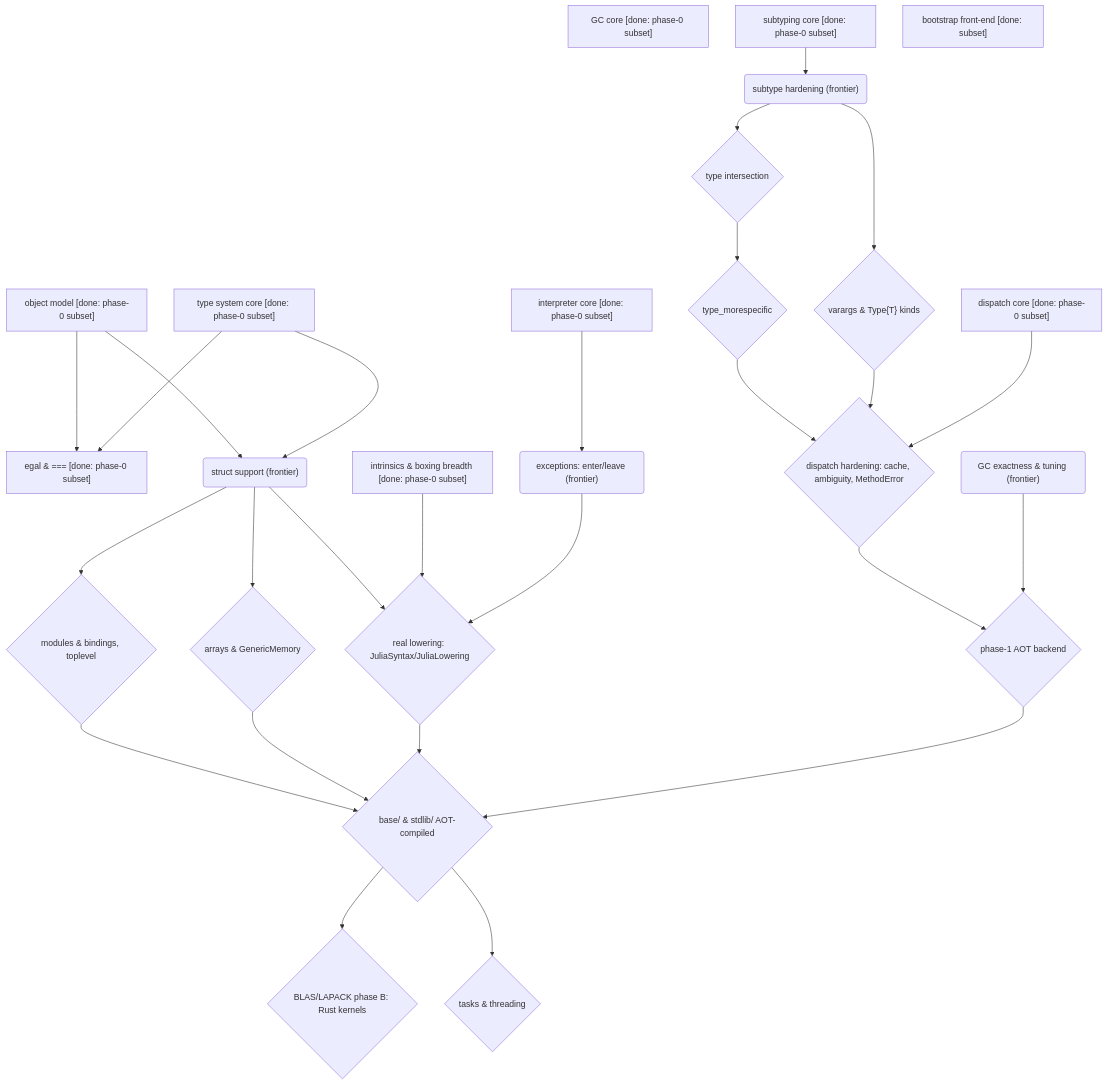
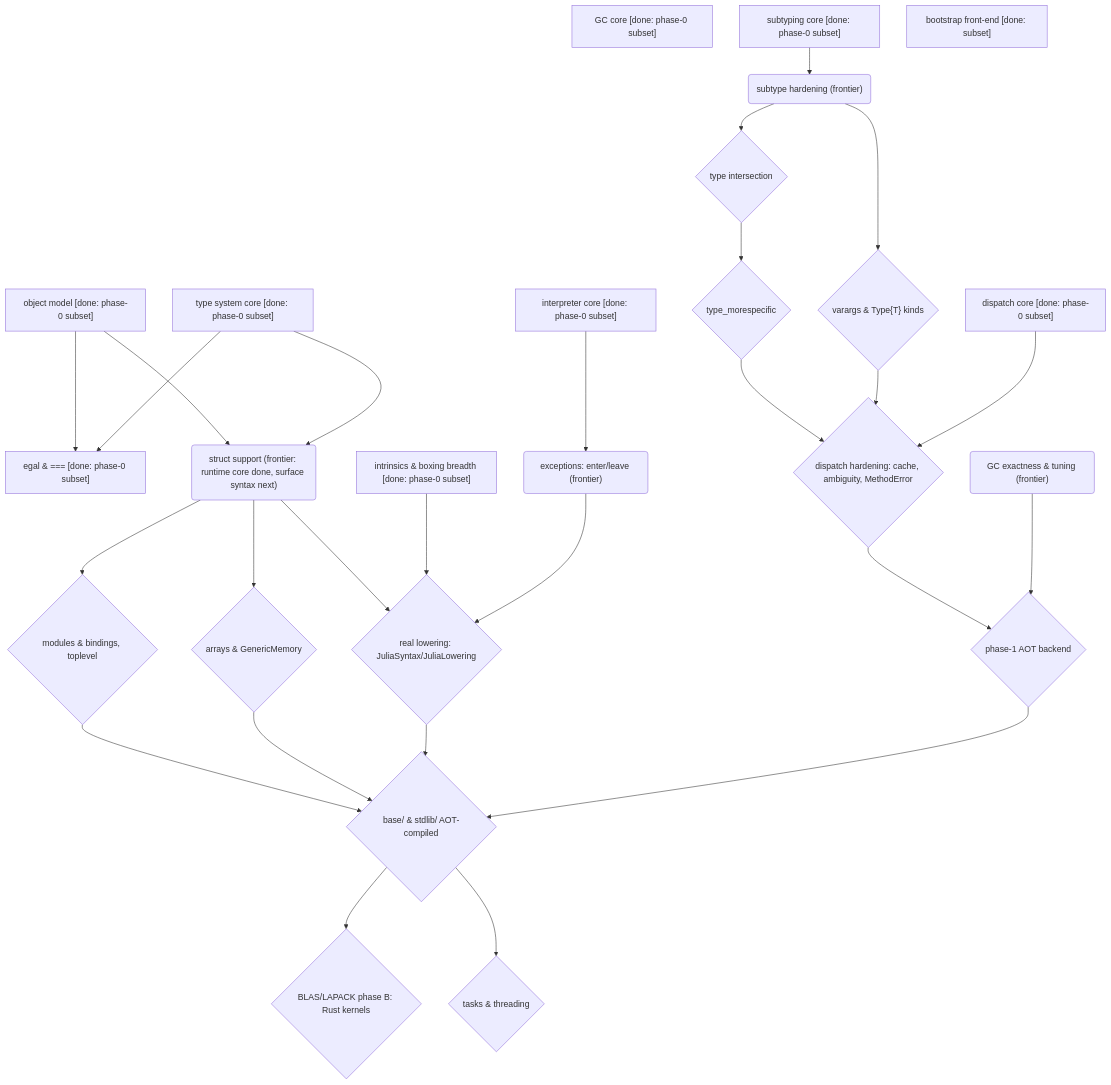
Before and after one commit to andy-emerson/Ruju: the diagram in design/strategy.md, drawn with Mermaid. The commit also changed other lines of this file and 3 other files, not shown here.

````diff
--- a/design/strategy.md
+++ b/design/strategy.md
@@ -86,55 +86,55 @@
 ```mermaid
 flowchart TD
     OBJ["object model [done: phase-0 subset]"]
     GC0["GC core [done: phase-0 subset]"]
     TYPES["type system core [done: phase-0 subset]"]
     SUB0["subtyping core [done: phase-0 subset]"]
     DISP0["dispatch core [done: phase-0 subset]"]
     INTERP0["interpreter core [done: phase-0 subset]"]
     FE0["bootstrap front-end [done: subset]"]
 
     EGAL["egal & === [done: phase-0 subset]"]
-    STRUCTS("struct support (frontier)")
+    STRUCTS("struct support (frontier: runtime core done, surface syntax next)")
     INTRIN["intrinsics & boxing breadth [done: phase-0 subset]"]
     GCX("GC exactness & tuning (frontier)")
     SUBX("subtype hardening (frontier)")
     EXC("exceptions: enter/leave (frontier)")
 
     ISECT{"type intersection"}
     MORESPEC{"type_morespecific"}
     VARARG{"varargs & Type{T} kinds"}
     DISPX{"dispatch hardening: cache, ambiguity, MethodError"}
     ARRAYS{"arrays & GenericMemory"}
     MODULES{"modules & bindings, toplevel"}
     LOWER{"real lowering: JuliaSyntax/JuliaLowering"}
     AOT{"phase-1 AOT backend"}
     BASE{"base/ & stdlib/ AOT-compiled"}
     BLAS{"BLAS/LAPACK phase B: Rust kernels"}
     TASKS{"tasks & threading"}
 
     OBJ --> STRUCTS
     TYPES --> STRUCTS
     OBJ --> EGAL
     TYPES --> EGAL
     SUB0 --> SUBX
     SUBX --> ISECT
     SUBX --> VARARG
     ISECT --> MORESPEC
     MORESPEC --> DISPX
     VARARG --> DISPX
     DISP0 --> DISPX
     STRUCTS --> ARRAYS
     STRUCTS --> MODULES
     INTERP0 --> EXC
     STRUCTS --> LOWER
     INTRIN --> LOWER
     EXC --> LOWER
     MODULES --> BASE
     ARRAYS --> BASE
     LOWER --> BASE
     AOT --> BASE
     DISPX --> AOT
     GCX --> AOT
     BASE --> BLAS
     BASE --> TASKS
 ```
````
